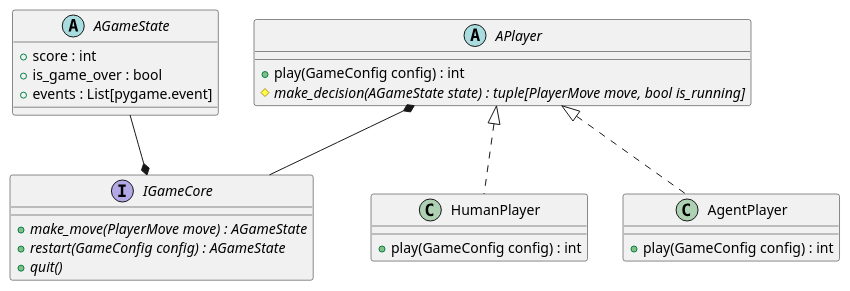
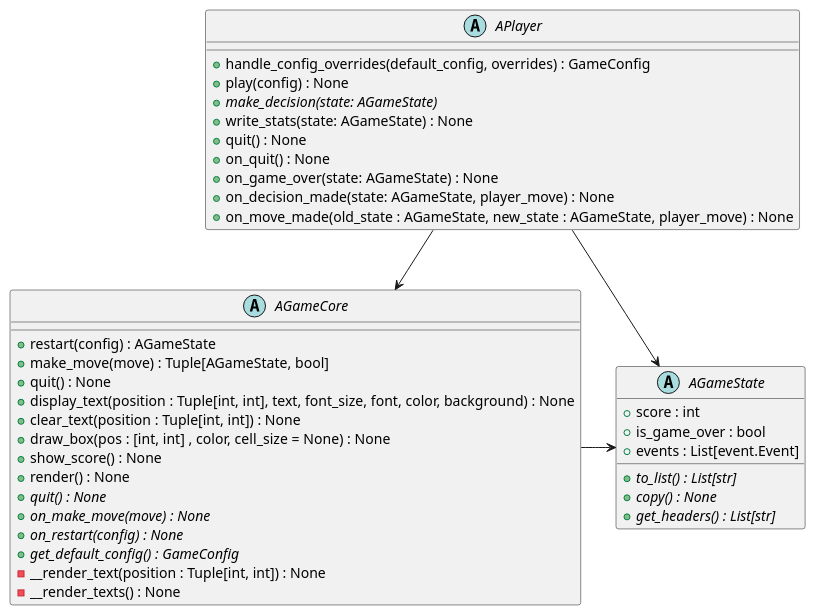
The first of 2 diagrams in docs/source_code/index.rst (lzajka/gra-RL), drawn with PlantUML before and after one commit. The commit also changed other lines of this file, not shown here.

Commit message:
docs(interfaces): Zaaktualizowno diagram klas ogólnych

```diff
--- a/docs/source_code/index.rst
+++ b/docs/source_code/index.rst
@@ -26,29 +17,42 @@
 .. uml::
+
+    abstract class AGameCore {
+        + restart(config) : AGameState
+        + make_move(move) : Tuple[AGameState, bool]
+        + quit() : None
+        + display_text(position : Tuple[int, int], text, font_size, font, color, background) : None
+        + clear_text(position : Tuple[int, int]) : None
+        + draw_box(pos : [int, int] , color, cell_size = None) : None
+        + show_score() : None
+        + render() : None
+        + {abstract} quit() : None
+        + {abstract} on_make_move(move) : None
+        + {abstract} on_restart(config) : None
+        + {abstract} get_default_config() : GameConfig
+        - __render_text(position : Tuple[int, int]) : None
+        - __render_texts() : None
+    }
 
     abstract class AGameState {
         + score : int
         + is_game_over : bool
-        + events : List[pygame.event]
+        + events : List[event.Event]
+        + {abstract} to_list() : List[str]
+        + {abstract} copy() : None
+        + {abstract} get_headers() : List[str]
+    }
+    abstract class APlayer {
+        + handle_config_overrides(default_config, overrides) : GameConfig
+        + play(config) : None
+        + {abstract} make_decision(state: AGameState) 
+        + write_stats(state: AGameState) : None
+        + quit() : None
+        + on_quit() : None
+        + on_game_over(state: AGameState) : None
+        + on_decision_made(state: AGameState, player_move) : None
+        + on_move_made(old_state : AGameState, new_state : AGameState, player_move) : None
     }
 
-    interface IGameCore {
-    + {abstract} make_move(PlayerMove move) : AGameState
-    + {abstract} restart(GameConfig config) : AGameState
-    + {abstract} quit()
-    }
-
-    abstract APlayer {
-    + play(GameConfig config) : int
-    # {abstract} make_decision(AGameState state) : tuple[PlayerMove move, bool is_running] 
-    }
-
-    class HumanPlayer implements APlayer {
-    + play(GameConfig config) : int
-    }
-
-    class AgentPlayer implements APlayer {
-    + play(GameConfig config) : int
-    }    
-
-    APlayer *-- IGameCore
-    AGameState --* IGameCore
+    APlayer --> AGameCore
+    APlayer --> AGameState
+    AGameCore -> AGameState
```
